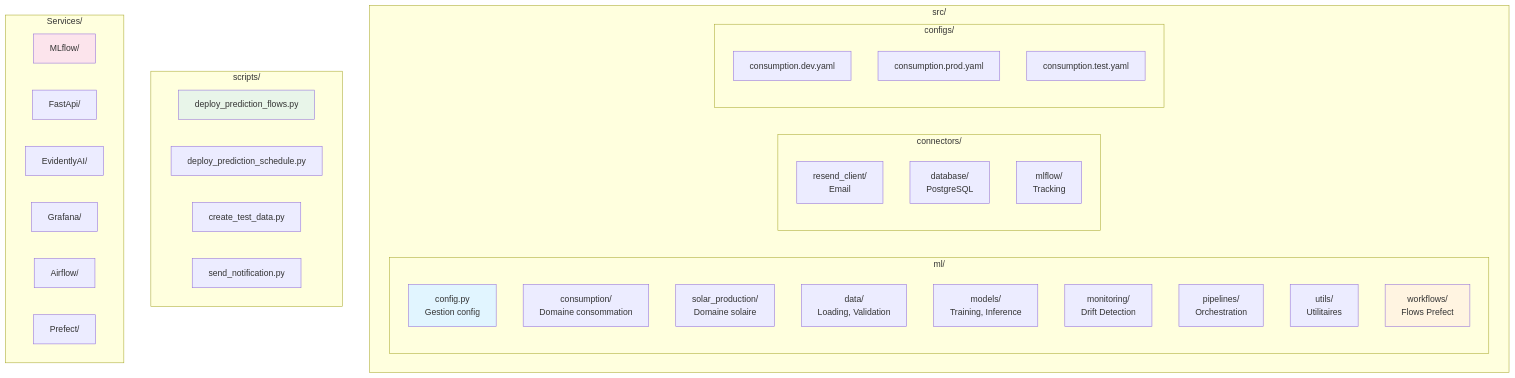
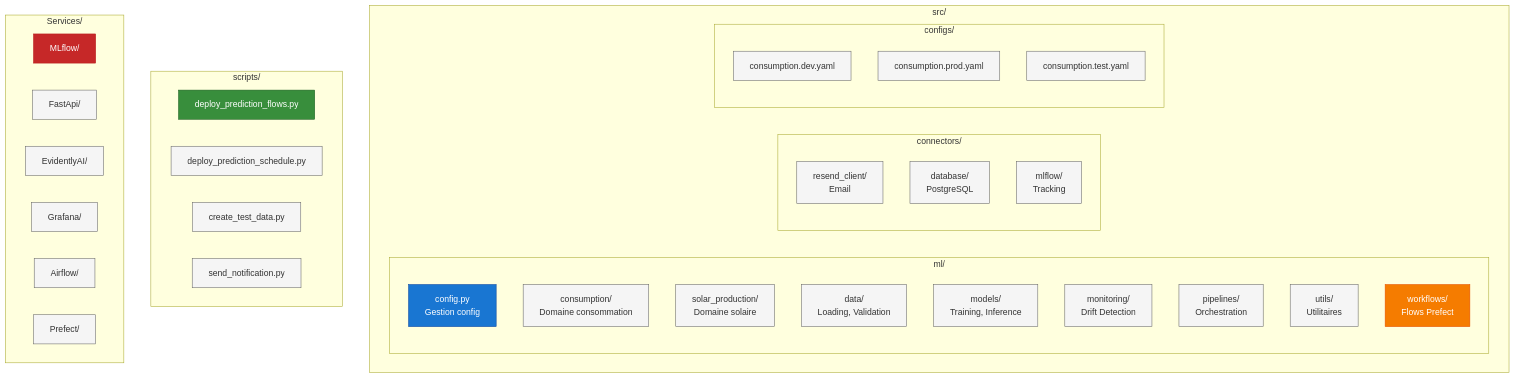
One commit to jinsudai/jinsudai changed diagram 17 of 21 in docs/ARCHITECTURE_MLOPS.md. Above: the diagram before and after it, drawn with Mermaid. The commit also changed other lines of this file and 9 other files, not shown here.

````diff
--- a/docs/ARCHITECTURE_MLOPS.md
+++ b/docs/ARCHITECTURE_MLOPS.md
@@ -594,49 +667,55 @@
 ```mermaid
 graph TB
+    classDef config fill:#1976D2,stroke:#0D47A1,color:#fff
+    classDef workflow fill:#F57C00,stroke:#E65100,color:#fff
+    classDef script fill:#388E3C,stroke:#1B5E20,color:#fff
+    classDef service fill:#C62828,stroke:#B71C1C,color:#fff
+    classDef default fill:#f5f5f5,stroke:#666,color:#333
+
     subgraph "src/"
         subgraph "ml/"
             M1[config.py<br/>Gestion config]
             M2[consumption/<br/>Domaine consommation]
             M3[solar_production/<br/>Domaine solaire]
             M4[data/<br/>Loading, Validation]
             M5[models/<br/>Training, Inference]
             M6[monitoring/<br/>Drift Detection]
             M7[pipelines/<br/>Orchestration]
             M8[utils/<br/>Utilitaires]
             M9[workflows/<br/>Flows Prefect]
         end
-        
+
         subgraph "connectors/"
             C1[resend_client/<br/>Email]
             C2[database/<br/>PostgreSQL]
             C3[mlflow/<br/>Tracking]
         end
-        
+
         subgraph "configs/"
             CFG1[consumption.dev.yaml]
             CFG2[consumption.prod.yaml]
             CFG3[consumption.test.yaml]
         end
     end
-    
+
     subgraph "scripts/"
         S1[deploy_prediction_flows.py]
         S2[deploy_prediction_schedule.py]
         S3[create_test_data.py]
         S4[send_notification.py]
     end
-    
+
     subgraph "Services/"
         SVC1[MLflow/]
         SVC2[FastApi/]
         SVC3[EvidentlyAI/]
         SVC4[Grafana/]
         SVC5[Airflow/]
         SVC6[Prefect/]
     end
-    
-    style M1 fill:#e1f5ff
-    style M9 fill:#fff4e1
-    style S1 fill:#e8f5e9
-    style SVC1 fill:#fce4ec
+
+    class M1 config
+    class M9 workflow
+    class S1 script
+    class SVC1 service
 ```
````
